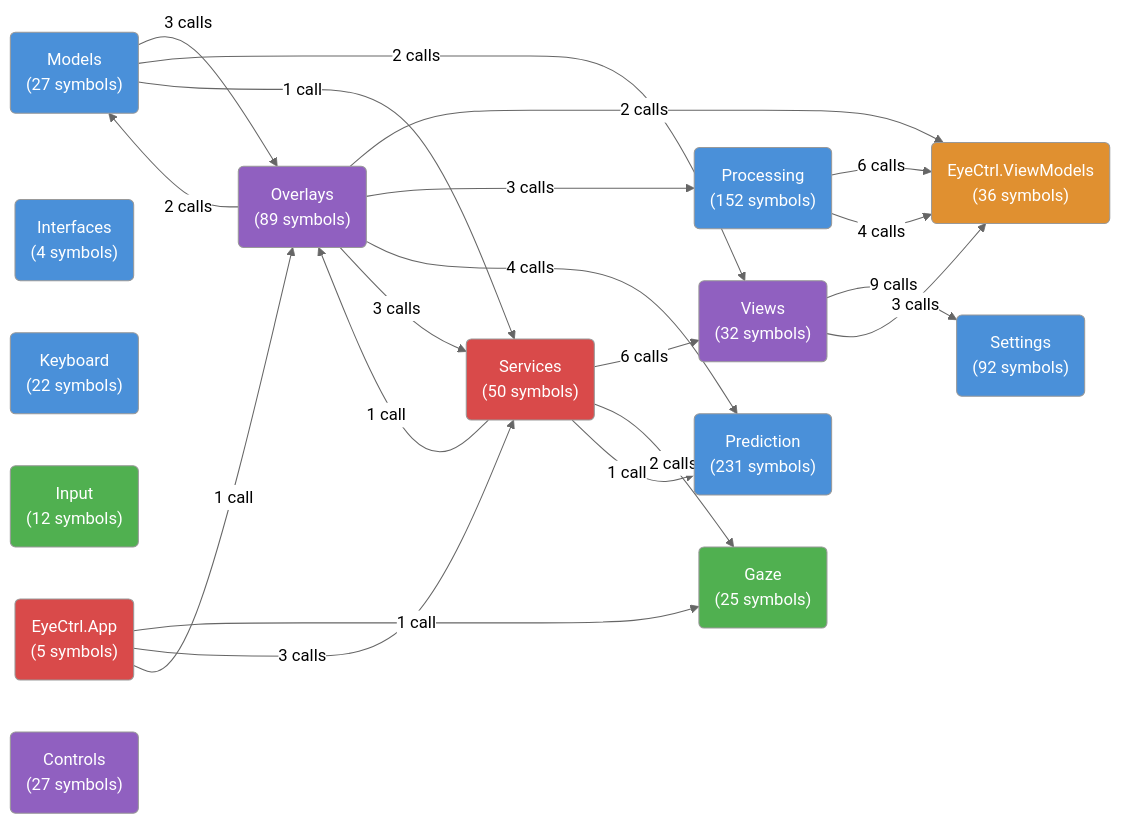
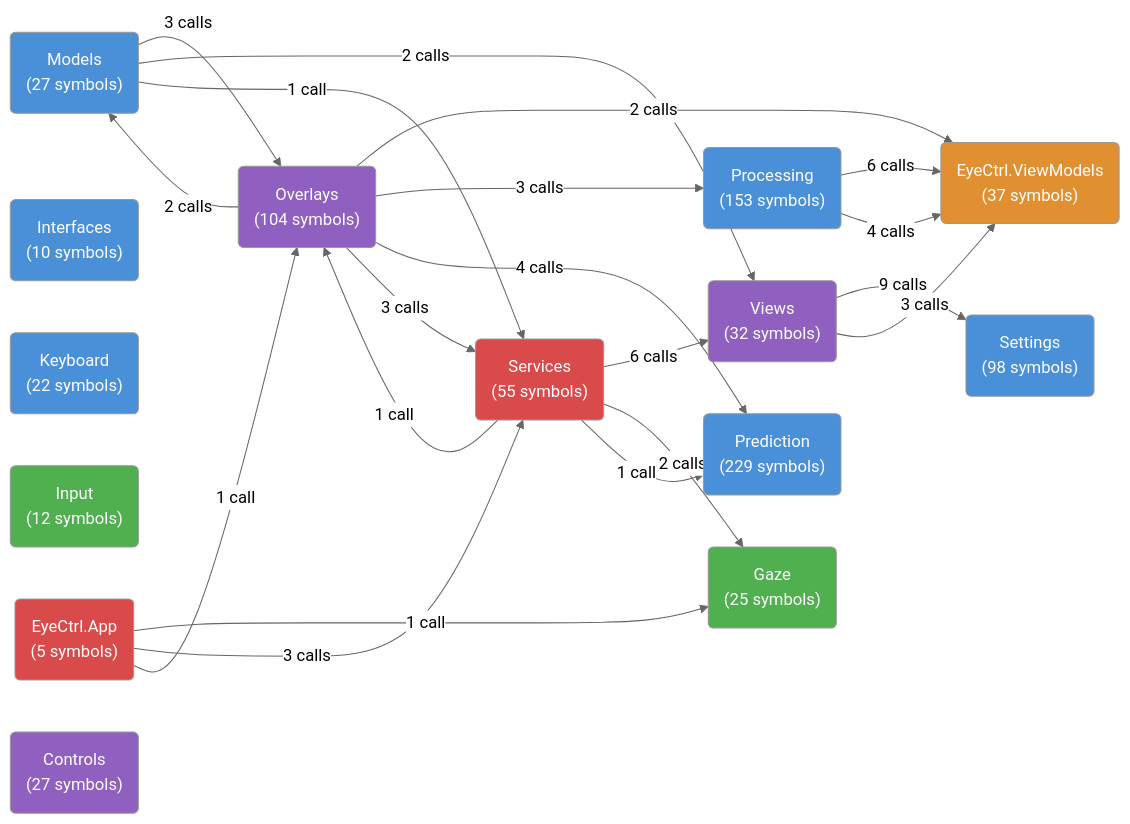
Before and after one commit to xasx/eyectrl: the first of 3 diagrams in ARCHITECTURE.md, drawn with Mermaid (neutral theme). The commit also changed other lines of this file and 2 other files, not shown here.

First line of the commit message:
docs: update ARCHITECTURE.md with current GitNexus stats and new sections

````diff
--- a/ARCHITECTURE.md
+++ b/ARCHITECTURE.md
@@ -30,69 +47,69 @@
 ```mermaid
 graph LR
     %% Node styling
     classDef core fill:#4a90d9,color:white
     classDef platform fill:#50b050,color:white
     classDef app fill:#d94a4a,color:white
     classDef vm fill:#e09030,color:white
     classDef ui fill:#9060c0,color:white
     classDef models fill:#60b0b0,color:white
 
     %% Core layer
     Models("Models<br/>(27 symbols)")
-    Interfaces("Interfaces<br/>(4 symbols)")
-    Processing("Processing<br/>(152 symbols)")
-    Prediction("Prediction<br/>(231 symbols)")
+    Interfaces("Interfaces<br/>(10 symbols)")
+    Processing("Processing<br/>(153 symbols)")
+    Prediction("Prediction<br/>(229 symbols)")
     Keyboard("Keyboard<br/>(22 symbols)")
-    Settings("Settings<br/>(92 symbols)")
+    Settings("Settings<br/>(98 symbols)")
 
     %% Platform layer
     Gaze("Gaze<br/>(25 symbols)")
     Input("Input<br/>(12 symbols)")
 
     %% App layer
-    Services("Services<br/>(50 symbols)")
+    Services("Services<br/>(55 symbols)")
     EyeCtrlApp("EyeCtrl.App<br/>(5 symbols)")
 
     %% ViewModels
-    ViewModels("EyeCtrl.ViewModels<br/>(36 symbols)")
+    ViewModels("EyeCtrl.ViewModels<br/>(37 symbols)")
 
     %% UI
-    Overlays("Overlays<br/>(89 symbols)")
+    Overlays("Overlays<br/>(104 symbols)")
     Views("Views<br/>(32 symbols)")
     Controls("Controls<br/>(27 symbols)")
 
     %% Core → Core
     Processing -->|6 calls| ViewModels
     Processing -->|4 calls| ViewModels
 
     %% App → Core/ViewModels
     Services -->|6 calls| Views
     Services -->|2 calls| Gaze
     Services -->|1 call| Prediction
     Services -->|1 call| Overlays
 
     %% ViewModels ← Views/Overlays
     Views -->|9 calls| Settings
     Views -->|3 calls| ViewModels
     Overlays -->|2 calls| ViewModels
     Overlays -->|3 calls| Processing
     Overlays -->|4 calls| Prediction
     Overlays -->|3 calls| Services
     Overlays -->|2 calls| Models
 
     %% Models used everywhere
     Models -->|3 calls| Overlays
     Models -->|2 calls| Views
     Models -->|1 call| Services
 
     %% Gaze feeds Processing
     EyeCtrlApp -->|1 call| Gaze
     EyeCtrlApp -->|3 calls| Services
     EyeCtrlApp -->|1 call| Overlays
 
     class Models,Interfaces,Processing,Prediction,Keyboard,Settings core
     class Gaze,Input platform
     class Services,EyeCtrlApp app
     class ViewModels vm
     class Overlays,Views,Controls ui
 ```
````
